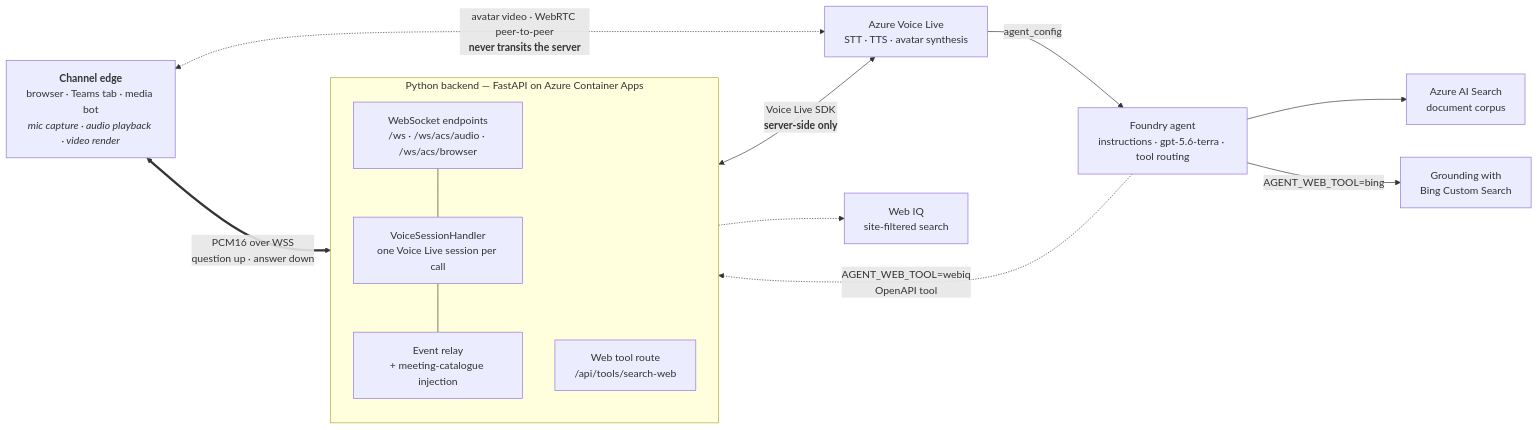
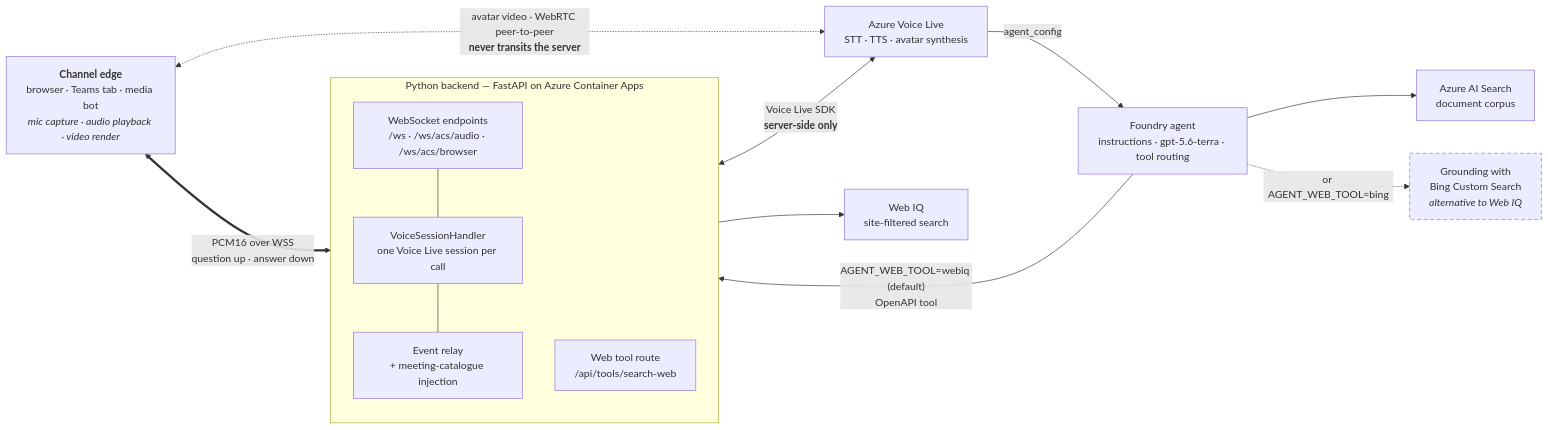
Before and after one commit to SridharArrabelly/avatar-forge: the diagram in docs/architecture.md, drawn with Mermaid. The commit also changed other lines of this file and 25 other files, not shown here.

First line of the commit message:
Make Web IQ the agent's default web tool; existing environments keep Bing

````diff
--- a/docs/architecture.md
+++ b/docs/architecture.md
@@ -22,29 +22,33 @@
 ```mermaid
 flowchart LR
     EDGE["<b>Channel edge</b><br/>browser · Teams tab · media bot<br/><i>mic capture · audio playback · video render</i>"]
 
     subgraph Server["Python backend — FastAPI on Azure Container Apps"]
         direction TB
         WS["WebSocket endpoints<br/>/ws · /ws/acs/audio · /ws/acs/browser"]
         H["VoiceSessionHandler<br/>one Voice Live session per call"]
         EV["Event relay<br/>+ meeting-catalogue injection"]
         WT["Web tool route<br/>/api/tools/search-web"]
         WS --- H
         H --- EV
     end
 
     VLS["Azure Voice Live<br/>STT · TTS · avatar synthesis"]
     AGENT["Foundry agent<br/>instructions · gpt-5.6-terra · tool routing"]
     SEARCH["Azure AI Search<br/>document corpus"]
-    NEWS["Grounding with<br/>Bing Custom Search"]
     WEBIQ["Web IQ<br/>site-filtered search"]
+    NEWS["Grounding with<br/>Bing Custom Search<br/><i>alternative to Web IQ</i>"]
 
     EDGE <== "PCM16 over WSS<br/>question up · answer down" ==> WS
     EDGE <-. "avatar video · WebRTC peer-to-peer<br/><b>never transits the server</b>" .-> VLS
     H <-- "Voice Live SDK<br/><b>server-side only</b>" --> VLS
     VLS -- "agent_config" --> AGENT
     AGENT --> SEARCH
-    AGENT -->|"AGENT_WEB_TOOL=bing"| NEWS
-    AGENT -.->|"AGENT_WEB_TOOL=webiq<br/>OpenAPI tool"| WT
-    WT -.-> WEBIQ
+    AGENT -->|"AGENT_WEB_TOOL=webiq (default)<br/>OpenAPI tool"| WT
+    WT --> WEBIQ
+    AGENT -.->|"or AGENT_WEB_TOOL=bing"| NEWS
+
+    %% Dashed: the agent gets Web IQ OR Bing, never both.
+    classDef alternative stroke-dasharray:6 4
+    class NEWS alternative
 ```
````
